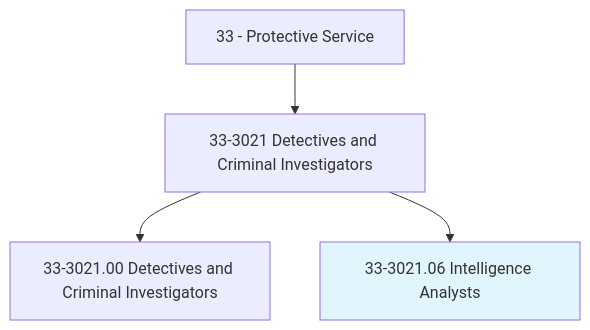
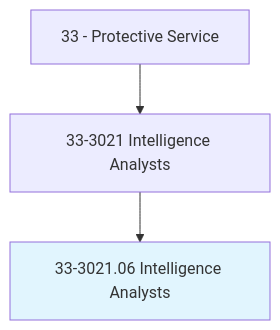
The first of 4 diagrams in occupations/PublicSafety/IntelligenceAnalysts.mdx (kziemski/business.org.ai), drawn with Mermaid before and after one commit. The commit also changed other lines of this file and 938 other files, not shown here.

````diff
--- a/occupations/PublicSafety/IntelligenceAnalysts.mdx
+++ b/occupations/PublicSafety/IntelligenceAnalysts.mdx
@@ -19,7 +23,6 @@
 ```mermaid
 graph TD
-    Cat33["33 - Protective Service"] --> Group333021["33-3021 Detectives and Criminal Investigators"]
-    Group333021 --> Base["33-3021.00 Detectives and Criminal Investigators"]
+    Cat33["33 - Protective Service"] --> Group333021["33-3021 Intelligence Analysts"]
     Group333021 --> Current["33-3021.06 Intelligence Analysts"]
     style Current fill:#e1f5fe
 ```
````
